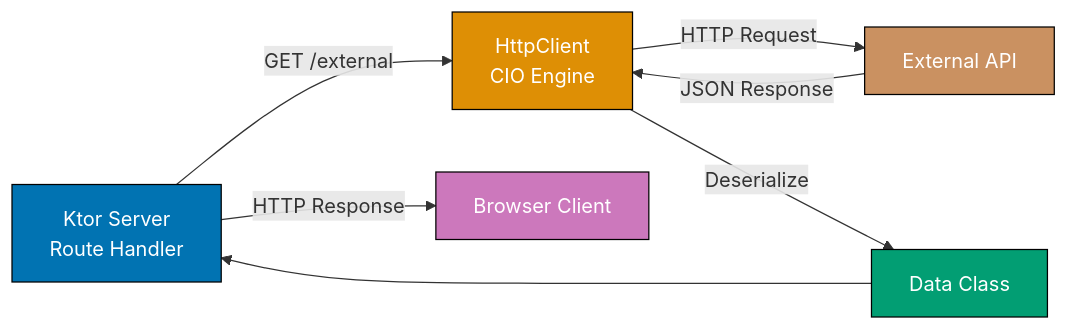
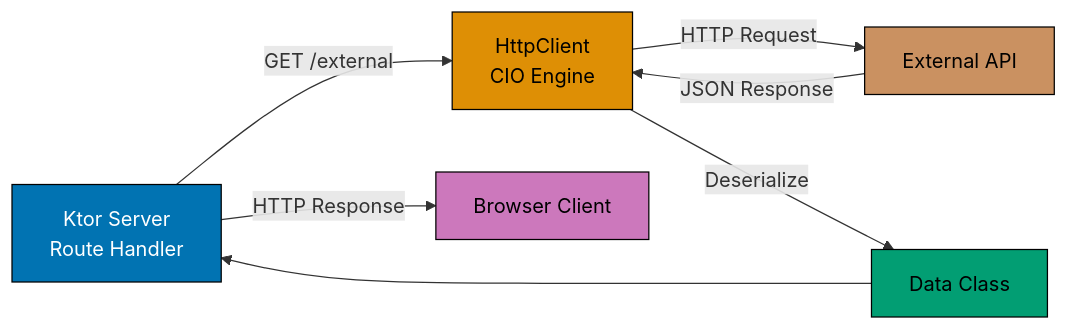
One commit to wahidyankf/ose-public changed the second of 2 diagrams in apps/ayokoding-www/content/en/learn/legacy/software-engineering/platforms/web/tools/kotlin-ktor/by-example/advanced.md. Above: the diagram before and after it, drawn with Mermaid. The commit also changed other lines of this file and 130 other files, not shown here.

First line of the commit message:
fix(mermaid): bring the legacy platforms diagrams onto the accessible palette

````diff
--- a/apps/ayokoding-www/content/en/learn/legacy/software-engineering/platforms/web/tools/kotlin-ktor/by-example/advanced.md
+++ b/apps/ayokoding-www/content/en/learn/legacy/software-engineering/platforms/web/tools/kotlin-ktor/by-example/advanced.md
@@ -607,15 +614,23 @@
 ```mermaid
 graph LR
+  accTitle: Example 63: Ktor Client for Outbound HTTP
+  accDescr: Graph with 5 nodes and 6 connections. Nodes: Ktor Server Route Handler, HttpClient CIO Engine, External API, Data Class, Browser Client. Connections: Ktor Server Route Handler to HttpClient CIO Engine (GET /external), HttpClient CIO Engine to External API (HTTP Request), External API to HttpClient CIO Engine (JSON Response), HttpClient CIO Engine to Data Class (Deserialize), Data Class to Ktor Server Route Handler, Ktor Server Route Handler to Browser Client (HTTP Response).
   A["Ktor Server<br/>Route Handler"] -->|"GET /external"| B["HttpClient<br/>CIO Engine"]
   B -->|"HTTP Request"| C["External API"]
   C -->|"JSON Response"| B
   B -->|"Deserialize"| D["Data Class"]
   D --> A
   A -->|"HTTP Response"| E["Browser Client"]
 
-  style A fill:#0173B2,stroke:#000,color:#fff
-  style B fill:#DE8F05,stroke:#000,color:#fff
-  style C fill:#CA9161,stroke:#000,color:#fff
-  style D fill:#029E73,stroke:#000,color:#fff
-  style E fill:#CC78BC,stroke:#000,color:#fff
+  classDef pal-0173B2 fill:#0173B2,stroke:#000000,color:#FFFFFF
+  class A pal-0173B2
+  classDef pal-DE8F05 fill:#DE8F05,stroke:#000000,color:#000000
+  class B pal-DE8F05
+  classDef pal-CA9161 fill:#CA9161,stroke:#000000,color:#000000
+  class C pal-CA9161
+  classDef pal-029E73 fill:#029E73,stroke:#000000,color:#000000
+  class D pal-029E73
+  classDef pal-CC78BC fill:#CC78BC,stroke:#000000,color:#000000
+  class E pal-CC78BC
+  classDef default fill:#FFFFFF,stroke:#000000,color:#000000
 ```
````
